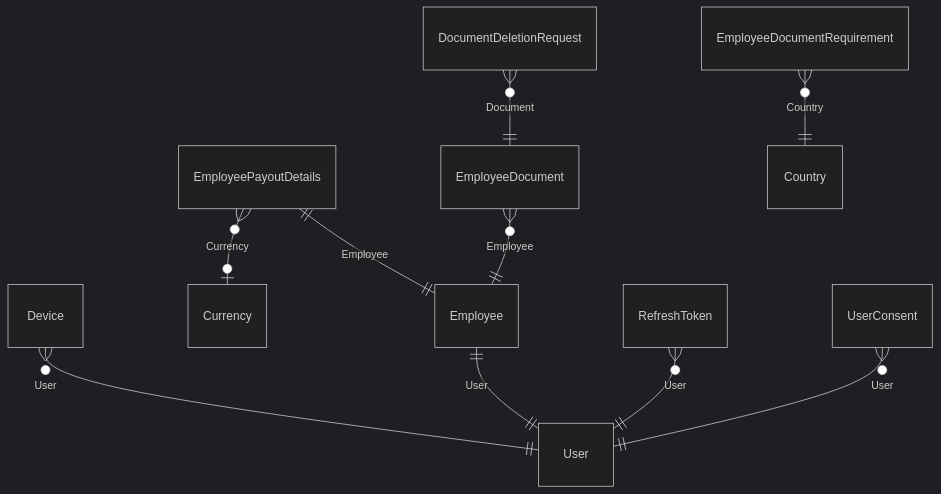
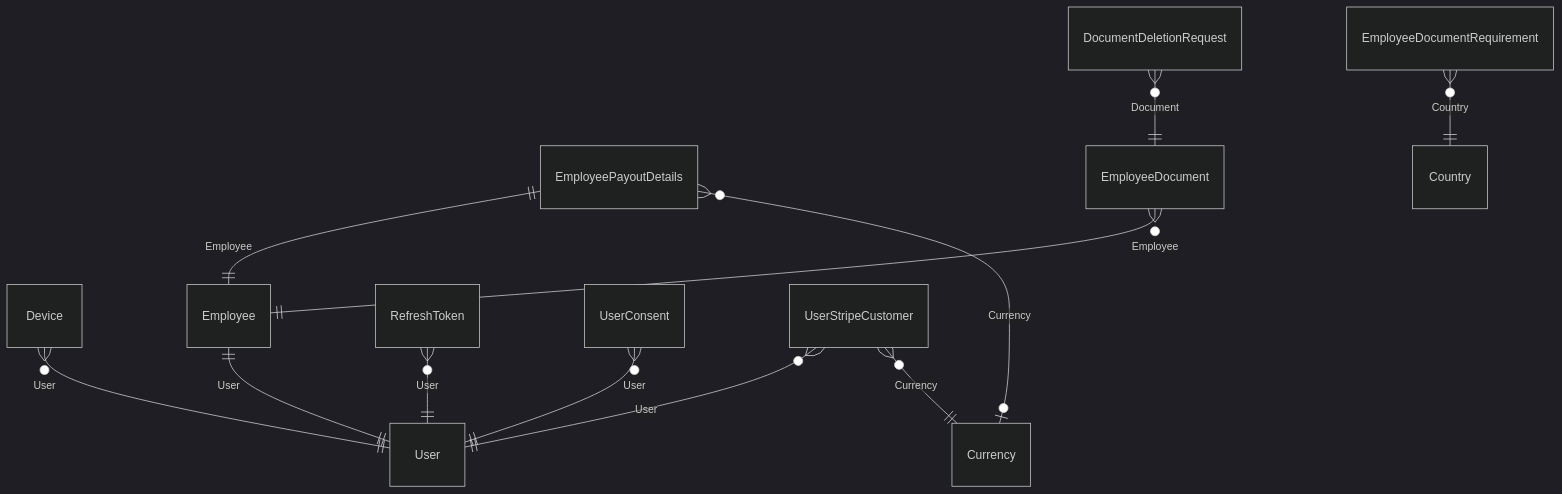
Before and after one commit to VM-s-Solutions/cleansia: the first of 5 diagrams in docs/domain/model.md, drawn with Mermaid (dark theme). The commit also changed other lines of this file and 15 other files, not shown here.

````diff
--- a/docs/domain/model.md
+++ b/docs/domain/model.md
@@ -18,12 +18,14 @@
 ```mermaid
 erDiagram
   Device }o--|| User : "User"
   Employee ||--|| User : "User"
   EmployeePayoutDetails ||--|| Employee : "Employee"
   EmployeePayoutDetails }o--o| Currency : "Currency"
   RefreshToken }o--|| User : "User"
   UserConsent }o--|| User : "User"
+  UserStripeCustomer }o--|| User : "User"
+  UserStripeCustomer }o--|| Currency : "Currency"
   EmployeeDocument }o--|| Employee : "Employee"
   DocumentDeletionRequest }o--|| EmployeeDocument : "Document"
   EmployeeDocumentRequirement }o--|| Country : "Country"
 ```
````
